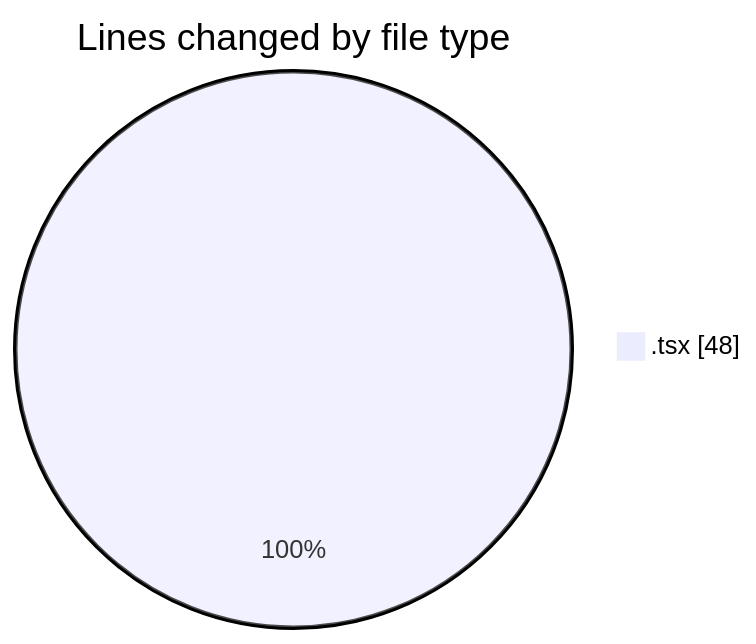
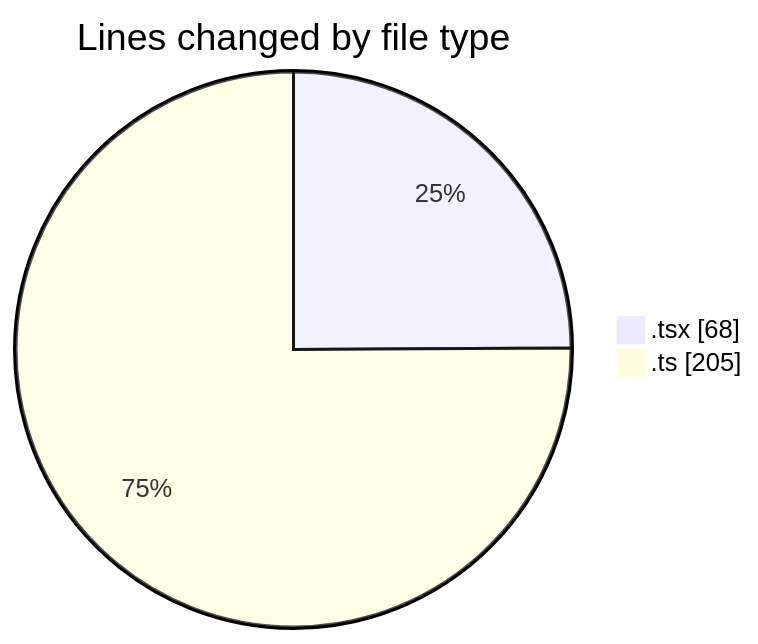
Before and after one commit to momahboobian/code-tracking: the first of 2 diagrams in 2026-03-26/cda/README.md, drawn with Mermaid. The commit also changed other lines of this file and 1 other file, not shown here.

````diff
--- a/2026-03-26/cda/README.md
+++ b/2026-03-26/cda/README.md
@@ -20,5 +21,6 @@
 ```mermaid
 pie showData
 title Lines changed by file type
-".tsx" : 48
+".tsx" : 68
+".ts" : 205
 ```
````
